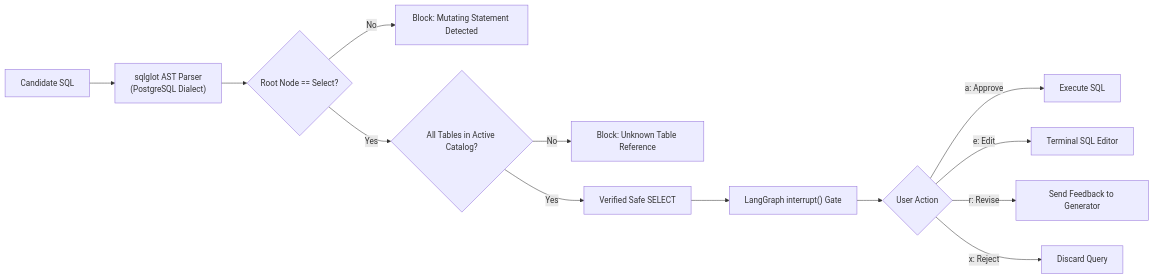
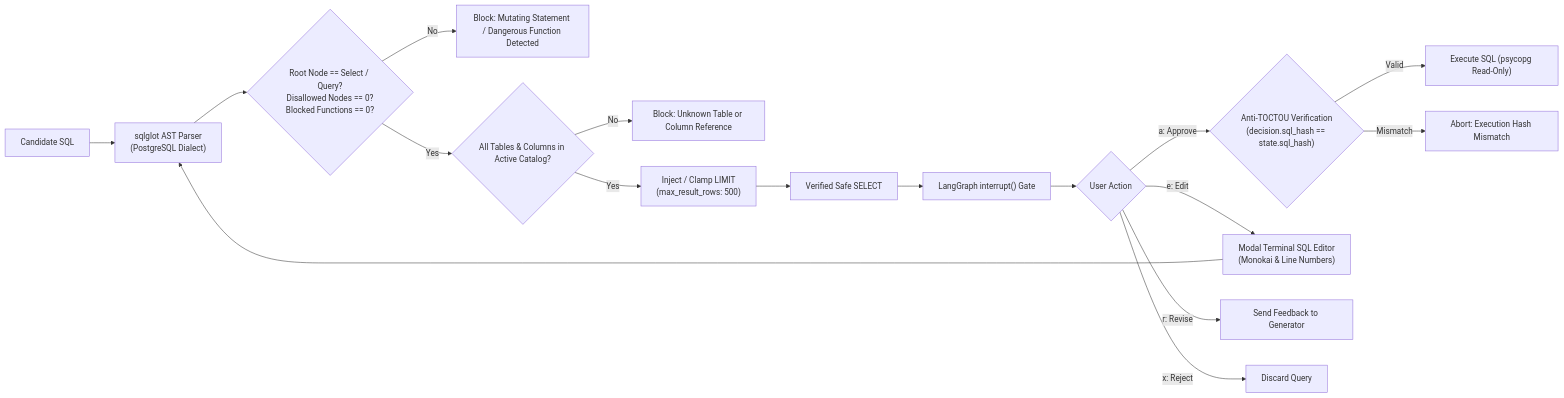
One commit to ScriptedLines/Querity changed the fourth of 4 diagrams in README.md. Above: the diagram before and after it, drawn with Mermaid. The commit also changed other lines of this file, not shown here.

````diff
--- a/README.md
+++ b/README.md
@@ -160,15 +183,19 @@
 ```mermaid
 flowchart LR
     CandidateSQL["Candidate SQL"] --> SQLGlot["sqlglot AST Parser<br/>(PostgreSQL Dialect)"]
-    SQLGlot --> ASTCheck{"Root Node == Select?"}
-    ASTCheck -->|No| RejectWrite["Block: Mutating Statement Detected"]
-    ASTCheck -->|Yes| CatalogCheck{"All Tables in Active Catalog?"}
-    CatalogCheck -->|No| RejectCatalog["Block: Unknown Table Reference"]
-    CatalogCheck -->|Yes| Safe["Verified Safe SELECT"]
+    SQLGlot --> ASTCheck{"Root Node == Select / Query?<br/>Disallowed Nodes == 0?<br/>Blocked Functions == 0?"}
+    ASTCheck -->|No| RejectWrite["Block: Mutating Statement / Dangerous Function Detected"]
+    ASTCheck -->|Yes| CatalogCheck{"All Tables & Columns in Active Catalog?"}
+    CatalogCheck -->|No| RejectCatalog["Block: Unknown Table or Column Reference"]
+    CatalogCheck -->|Yes| Clamping["Inject / Clamp LIMIT<br/>(max_result_rows: 500)"]
+    Clamping --> Safe["Verified Safe SELECT"]
     Safe --> Interrupt["LangGraph interrupt() Gate"]
     Interrupt --> Action{User Action}
-    Action -->|a: Approve| Run["Execute SQL"]
-    Action -->|e: Edit| Editor["Terminal SQL Editor"]
+    Action -->|a: Approve| HashCheck{"Anti-TOCTOU Verification<br/>(decision.sql_hash == state.sql_hash)"}
+    HashCheck -->|Valid| Run["Execute SQL (psycopg Read-Only)"]
+    HashCheck -->|Mismatch| AbortMismatched["Abort: Execution Hash Mismatch"]
+    Action -->|e: Edit| Editor["Modal Terminal SQL Editor<br/>(Monokai & Line Numbers)"]
+    Editor --> SQLGlot
     Action -->|r: Revise| Feedback["Send Feedback to Generator"]
     Action -->|x: Reject| Abort["Discard Query"]
 ```
````
